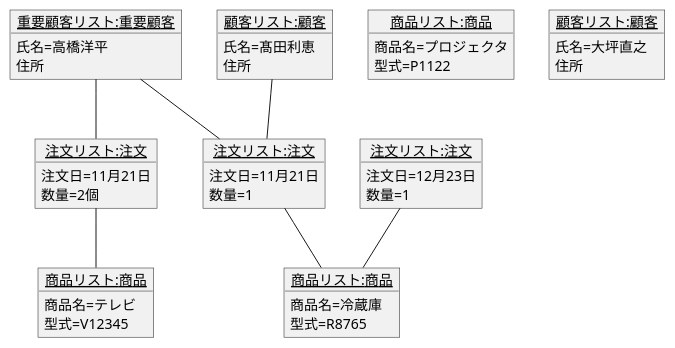
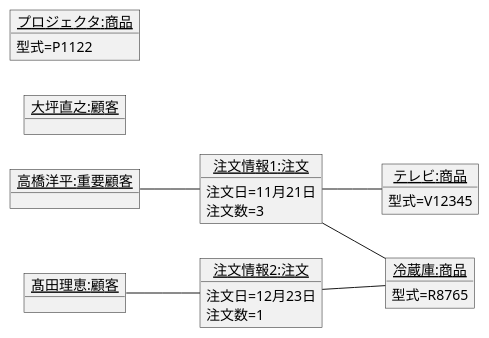
The diagram in 演習3-7_OBJ_注文のオブジェクト図.pu (isikawayuto/uml-introduction), drawn with PlantUML before and after one commit. The commit also changed 1 other file, not shown here.

```diff
--- a/演習3-7_OBJ_注文のオブジェクト図.pu
+++ b/演習3-7_OBJ_注文のオブジェクト図.pu
@@ -1,53 +1,39 @@
 @startuml 演習3-7
-    object "<u>注文リスト:注文</u>" as order1{
-        注文日=11月21日
-        数量=2個
-    }
+left to right direction
+object "<u>高橋洋平:重要顧客</u>" as customer1 {
+
+}
+object "<u>冷蔵庫:商品</u>" as product1 {
+    型式=R8765
+}
+object "<u>注文情報1:注文</u>" as order1 {
+    注文日=11月21日
+    注文数=3
+}
+object "<u>テレビ:商品</u>" as product2 {
+    型式=V12345
+}
+
+object "<u>髙田理恵:顧客</u>" as customer2 {
     
-    object "<u>注文リスト:注文</u>" as order2{
-        注文日=11月21日
-        数量=1
-    }
+}
+object "<u>注文情報2:注文</u>" as order2 {
+    注文日=12月23日
+    注文数=1
+}
+object "<u>大坪直之:顧客</u>" as customer3 {
+    
+}
+object "<u>プロジェクタ:商品</u>" as product3 {
+    型式=P1122
+}
 
-    object "<u>注文リスト:注文</u>" as order3{
-        注文日=12月23日
-        数量=1
-    }
+customer1 -- order1
+order1 -- product1
+order1 -- product2
 
-    object "<u>商品リスト:商品</u>" as product1{
-        商品名=テレビ
-        型式=V12345
-    }
+customer2 -- order2
+order2 -- product1
 
-    object "<u>商品リスト:商品</u>" as product2{
-        商品名=冷蔵庫
-        型式=R8765
-    }
 
-    object "<u>商品リスト:商品</u>" as product3{
-        商品名=プロジェクタ
-        型式=P1122
-    }
-
-    object "<u>顧客リスト:顧客</u>" as customer1{
-        氏名=髙田利恵
-        住所
-    }
-
-    object "<u>顧客リスト:顧客</u>" as customer2{
-        氏名=大坪直之
-        住所
-    }
-
-    object "<u>重要顧客リスト:重要顧客</u>" as importantcustomer{
-        氏名=高橋洋平
-        住所
-    }
-
-    order1 -- product1
-    order2 -- product2
-    order3 -- product2
-    importantcustomer -- order1
-    importantcustomer -- order2
-    customer1 -- order2
 @enduml
```
